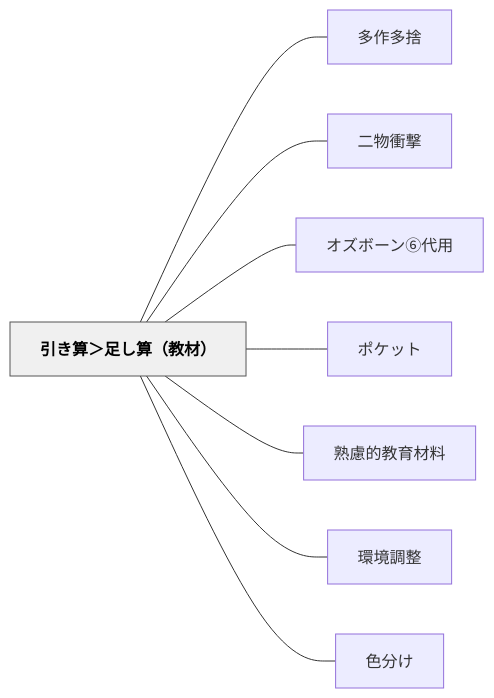
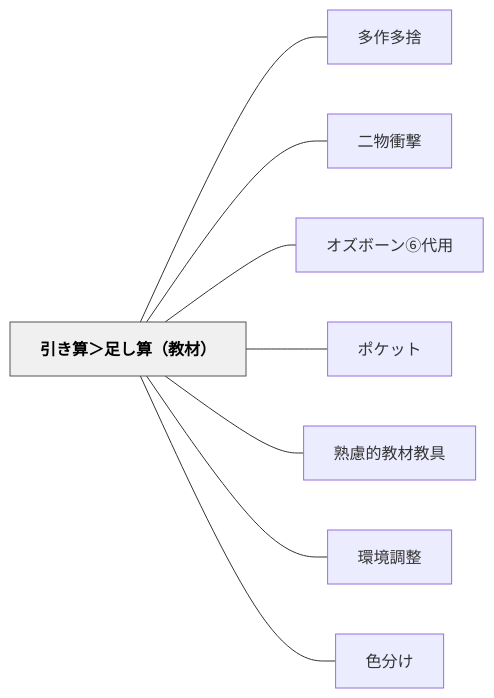
One commit to unknownthings-ed-patterns/unknownthings-ed-patterns changed the diagram in content/パタン/引き算＞足し算（教材）.md. Above: the diagram before and after it, drawn with Mermaid. The commit also changed other lines of this file and 72 other files, not shown here.

````diff
--- a/content/パタン/引き算＞足し算（教材）.md
+++ b/content/パタン/引き算＞足し算（教材）.md
@@ -111,22 +111,22 @@
 ```mermaid
 flowchart LR
     ne5bc95e3818de7ae97efbc9ee8b6b3e38197e7ae97efbc88e69599e69d90efbc89["引き算＞足し算（教材）"]
     ne5a49ae4bd9ce5a49ae68da8["多作多捨"]
     ne4ba8ce789a9e8a19de69283["二物衝撃"]
     ne382aae382bae3839ce383bce383b3e291a5e4bba3e794a8["オズボーン⑥代用"]
     ne3839de382b1e38383e38388["ポケット"]
-    ne7869fe685aee79a84e69599e882b2e69d90e69699["熟慮的教育材料"]
+    ne7869fe685aee79a84e69599e69d90e69599e585b7["熟慮的教材教具"]
     ne792b0e5a283e8aabfe695b4["環境調整"]
     ne889b2e58886e38191["色分け"]
 
     ne5bc95e3818de7ae97efbc9ee8b6b3e38197e7ae97efbc88e69599e69d90efbc89 --- ne5a49ae4bd9ce5a49ae68da8
     ne5bc95e3818de7ae97efbc9ee8b6b3e38197e7ae97efbc88e69599e69d90efbc89 --- ne4ba8ce789a9e8a19de69283
     ne5bc95e3818de7ae97efbc9ee8b6b3e38197e7ae97efbc88e69599e69d90efbc89 --- ne382aae382bae3839ce383bce383b3e291a5e4bba3e794a8
     ne5bc95e3818de7ae97efbc9ee8b6b3e38197e7ae97efbc88e69599e69d90efbc89 --- ne3839de382b1e38383e38388
-    ne5bc95e3818de7ae97efbc9ee8b6b3e38197e7ae97efbc88e69599e69d90efbc89 --- ne7869fe685aee79a84e69599e882b2e69d90e69699
+    ne5bc95e3818de7ae97efbc9ee8b6b3e38197e7ae97efbc88e69599e69d90efbc89 --- ne7869fe685aee79a84e69599e69d90e69599e585b7
     ne5bc95e3818de7ae97efbc9ee8b6b3e38197e7ae97efbc88e69599e69d90efbc89 --- ne792b0e5a283e8aabfe695b4
     ne5bc95e3818de7ae97efbc9ee8b6b3e38197e7ae97efbc88e69599e69d90efbc89 --- ne889b2e58886e38191
 
     classDef hub fill:#f0f0f0,stroke:#555,color:#000,font-weight:bold
     class ne5bc95e3818de7ae97efbc9ee8b6b3e38197e7ae97efbc88e69599e69d90efbc89 hub
 ```
````
